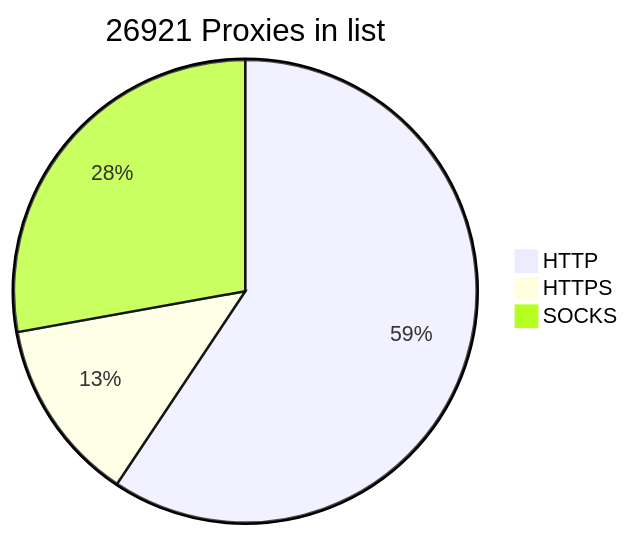
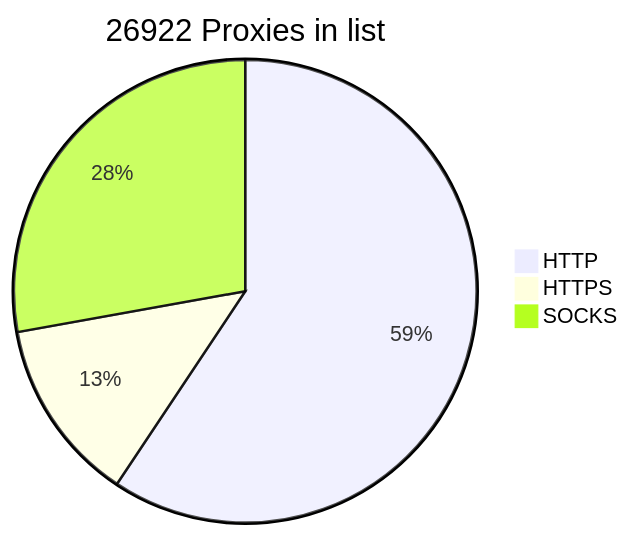
The diagram in README.md (BlackSnowDot/proxylist-update-every-minute), drawn with Mermaid before and after one commit.

````diff
--- a/README.md
+++ b/README.md
@@ -2,6 +2,6 @@
 ```mermaid
-pie title 26921 Proxies in list
-    "HTTP" : 17587
+pie title 26922 Proxies in list
+    "HTTP" : 17588
     "HTTPS": 3802
     "SOCKS" : 8247
 ```
````
